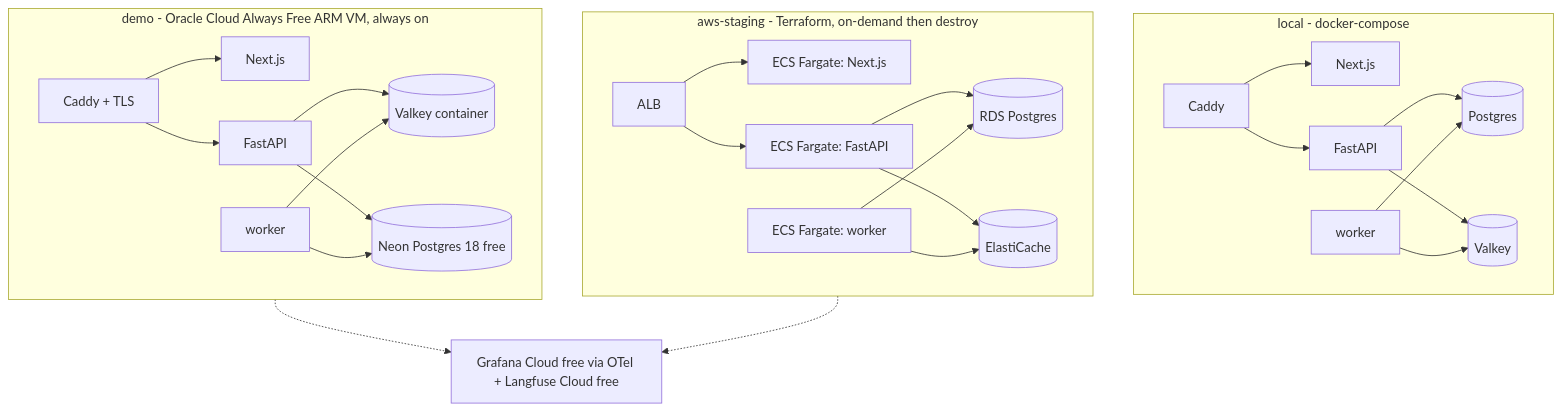
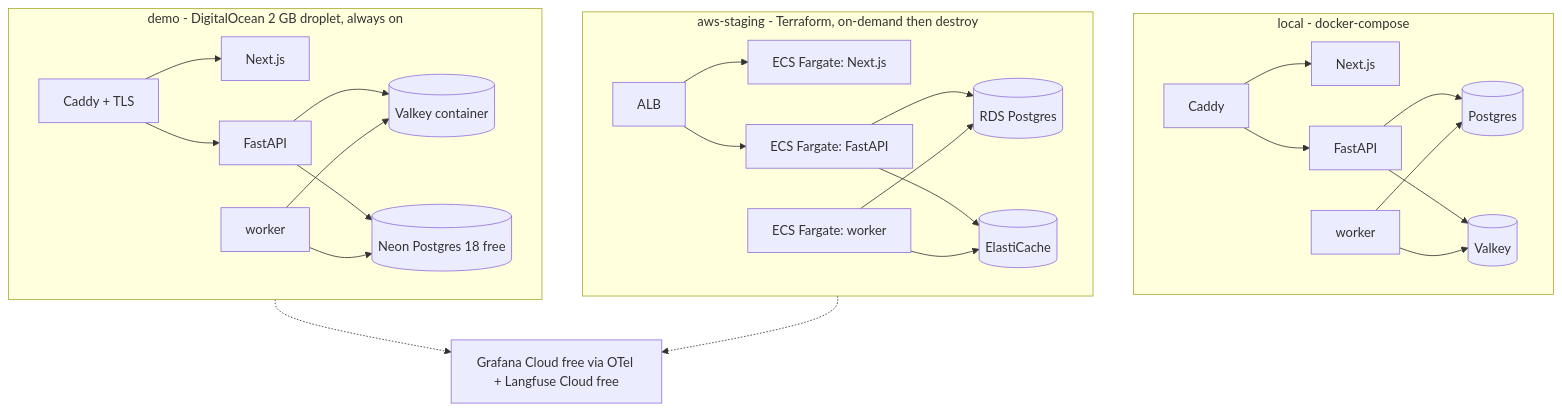
Before and after one commit to nithinmanayilghub/sevadesk: the third of 4 diagrams in _bmad-output/planning-artifacts/architecture/architecture-seva-desk-2026-11-01/ARCHITECTURE-SPINE.md, drawn with Mermaid. The commit also changed other lines of this file and 6 other files, not shown here.

First line of the commit message:
docs: demo runs on a DigitalOcean droplet; drop the Oracle retry script

````diff
--- a/_bmad-output/planning-artifacts/architecture/architecture-seva-desk-2026-11-01/ARCHITECTURE-SPINE.md
+++ b/_bmad-output/planning-artifacts/architecture/architecture-seva-desk-2026-11-01/ARCHITECTURE-SPINE.md
@@ -280,23 +280,23 @@
 ```mermaid
 flowchart TB
   subgraph local[local - docker-compose]
     LC[Caddy] --> LF[Next.js] & LB[FastAPI]
     LW[worker]
     LB & LW --> LP[(Postgres)] & LR[(Valkey)]
   end
-  subgraph demo[demo - Oracle Cloud Always Free ARM VM, always on]
+  subgraph demo[demo - DigitalOcean 2 GB droplet, always on]
     DC[Caddy + TLS] --> DF[Next.js] & DB[FastAPI]
     DW[worker]
     DV[(Valkey container)]
     DB & DW --> DV
     DB & DW --> NP[(Neon Postgres 18 free)]
   end
   subgraph aws[aws-staging - Terraform, on-demand then destroy]
     ALB --> EF[ECS Fargate: Next.js] & EB[ECS Fargate: FastAPI]
     EW[ECS Fargate: worker]
     EB & EW --> RDS[(RDS Postgres)] & EC[(ElastiCache)]
   end
   OBS[Grafana Cloud free via OTel + Langfuse Cloud free]
   demo -.-> OBS
   aws -.-> OBS
 ```
````
